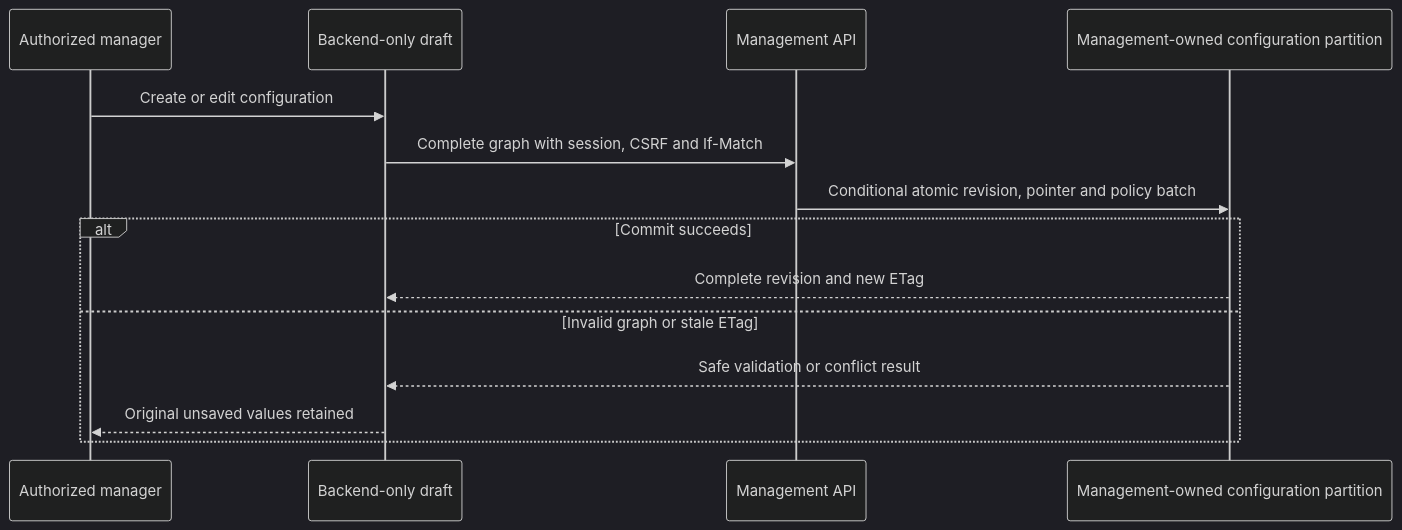
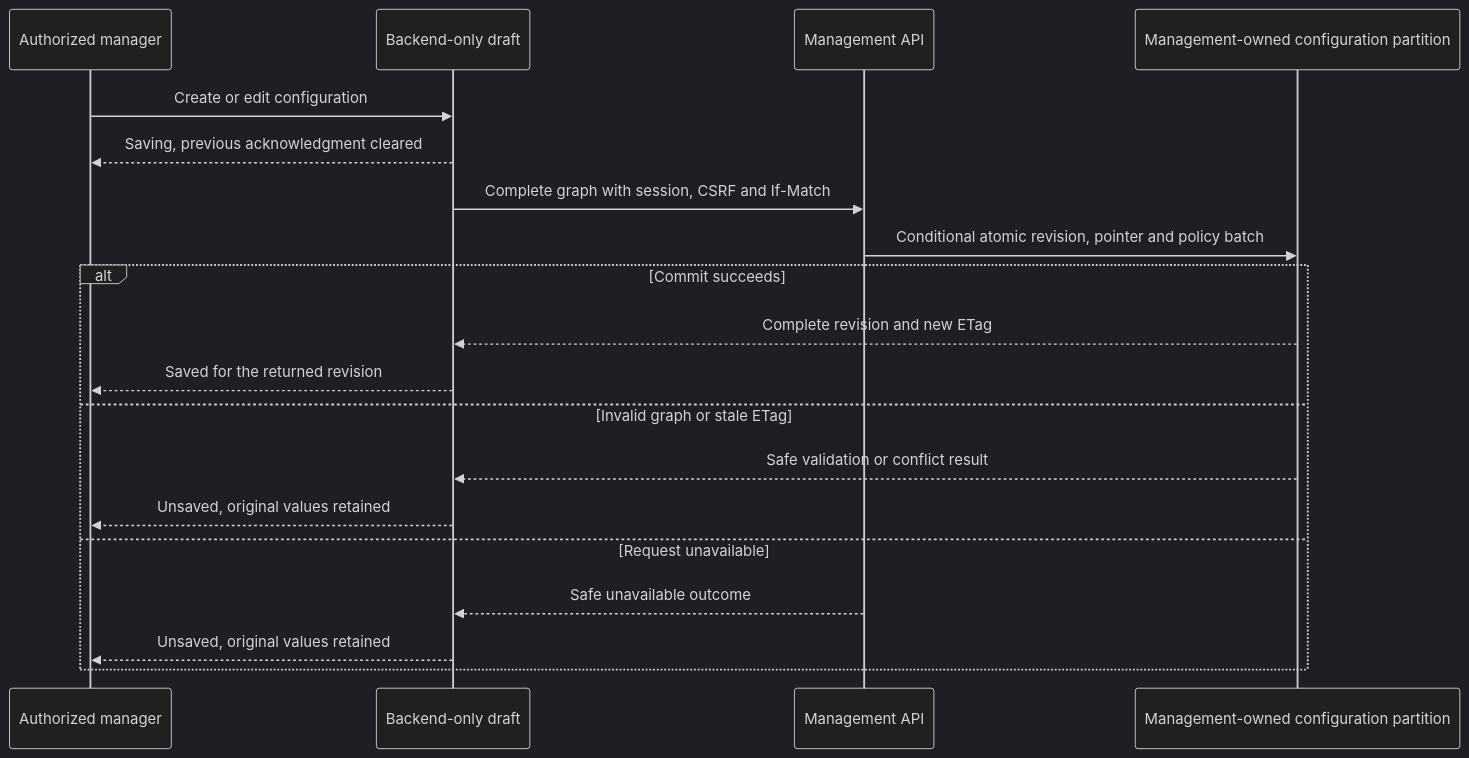
The diagram in code/docs/configuration-guide.md (marvinbuss/caller-ai), drawn with Mermaid (dark theme) before and after one commit. The commit also changed other lines of this file and 7 other files, not shown here.

````diff
--- a/code/docs/configuration-guide.md
+++ b/code/docs/configuration-guide.md
@@ -142,16 +145,21 @@
 ```mermaid
 sequenceDiagram
     participant Manager as Authorized manager
     participant Editor as Backend-only draft
     participant API as Management API
     participant Store as Management-owned configuration partition
     Manager->>Editor: Create or edit configuration
+    Editor-->>Manager: Saving, previous acknowledgment cleared
     Editor->>API: Complete graph with session, CSRF and If-Match
     API->>Store: Conditional atomic revision, pointer and policy batch
     alt Commit succeeds
         Store-->>Editor: Complete revision and new ETag
+        Editor-->>Manager: Saved for the returned revision
     else Invalid graph or stale ETag
         Store-->>Editor: Safe validation or conflict result
-        Editor-->>Manager: Original unsaved values retained
+        Editor-->>Manager: Unsaved, original values retained
+    else Request unavailable
+        API-->>Editor: Safe unavailable outcome
+        Editor-->>Manager: Unsaved, original values retained
     end
 ```
````
